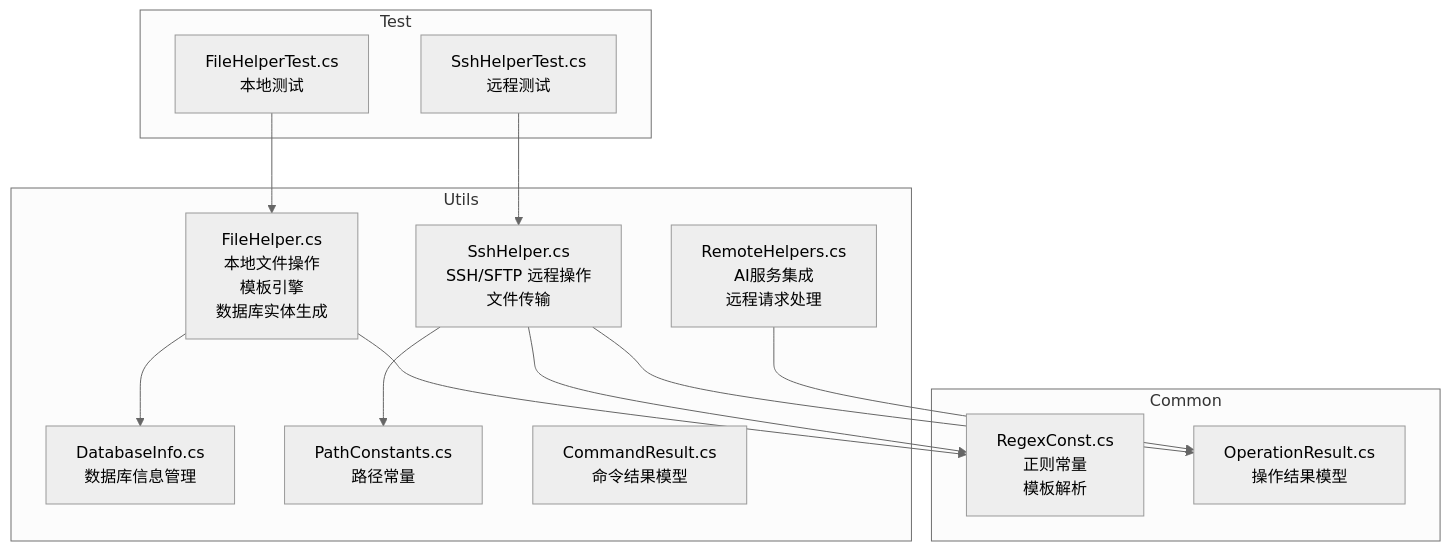
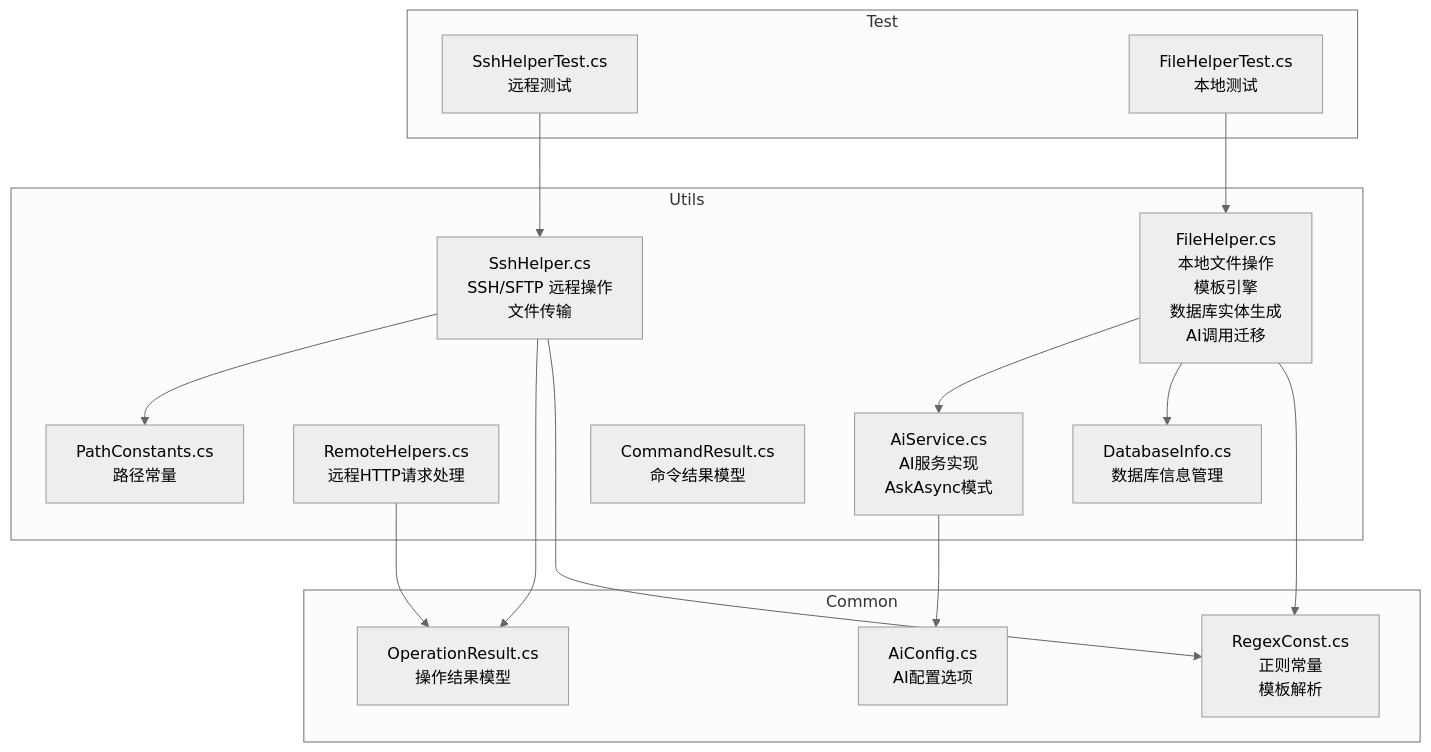
Before and after one commit to Sosososolong/AirGo: the first of 11 diagrams in .qoder/repowiki/zh/content/工具库详解/文件操作工具.md, drawn with Mermaid (neutral theme). The commit also changed other lines of this file and 12 other files, not shown here.

````diff
--- a/.qoder/repowiki/zh/content/工具库详解/文件操作工具.md
+++ b/.qoder/repowiki/zh/content/工具库详解/文件操作工具.md
@@ -55,27 +57,31 @@
 ```mermaid
 graph TB
 subgraph "Utils"
-FH["FileHelper.cs<br/>本地文件操作<br/>模板引擎<br/>数据库实体生成"]
+FH["FileHelper.cs<br/>本地文件操作<br/>模板引擎<br/>数据库实体生成<br/>AI调用迁移"]
 SH["SshHelper.cs<br/>SSH/SFTP 远程操作<br/>文件传输"]
-RH["RemoteHelpers.cs<br/>AI服务集成<br/>远程请求处理"]
+AS["AiService.cs<br/>AI服务实现<br/>AskAsync模式"]
+RH["RemoteHelpers.cs<br/>远程HTTP请求处理"]
 DBI["DatabaseInfo.cs<br/>数据库信息管理"]
 PC["PathConstants.cs<br/>路径常量"]
 CR["CommandResult.cs<br/>命令结果模型"]
 end
 subgraph "Common"
 RC["RegexConst.cs<br/>正则常量<br/>模板解析"]
 OR["OperationResult.cs<br/>操作结果模型"]
+AC["AiConfig.cs<br/>AI配置选项"]
 end
 subgraph "Test"
 SHT["SshHelperTest.cs<br/>远程测试"]
 FHT["FileHelperTest.cs<br/>本地测试"]
 end
 FH --> RC
 FH --> DBI
+FH --> AS
 SH --> RC
 SH --> OR
+SH --> PC
+AS --> AC
 RH --> OR
 SHT --> SH
 FHT --> FH
-SH --> PC
 ```
````
